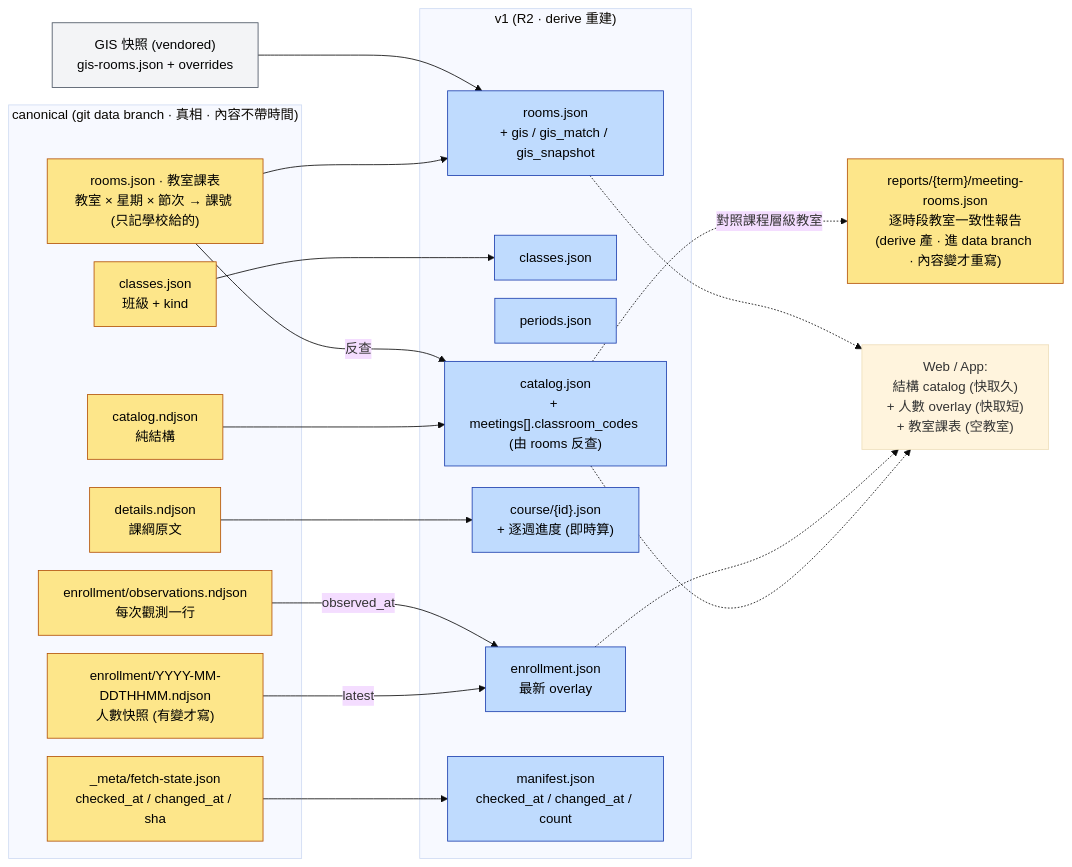
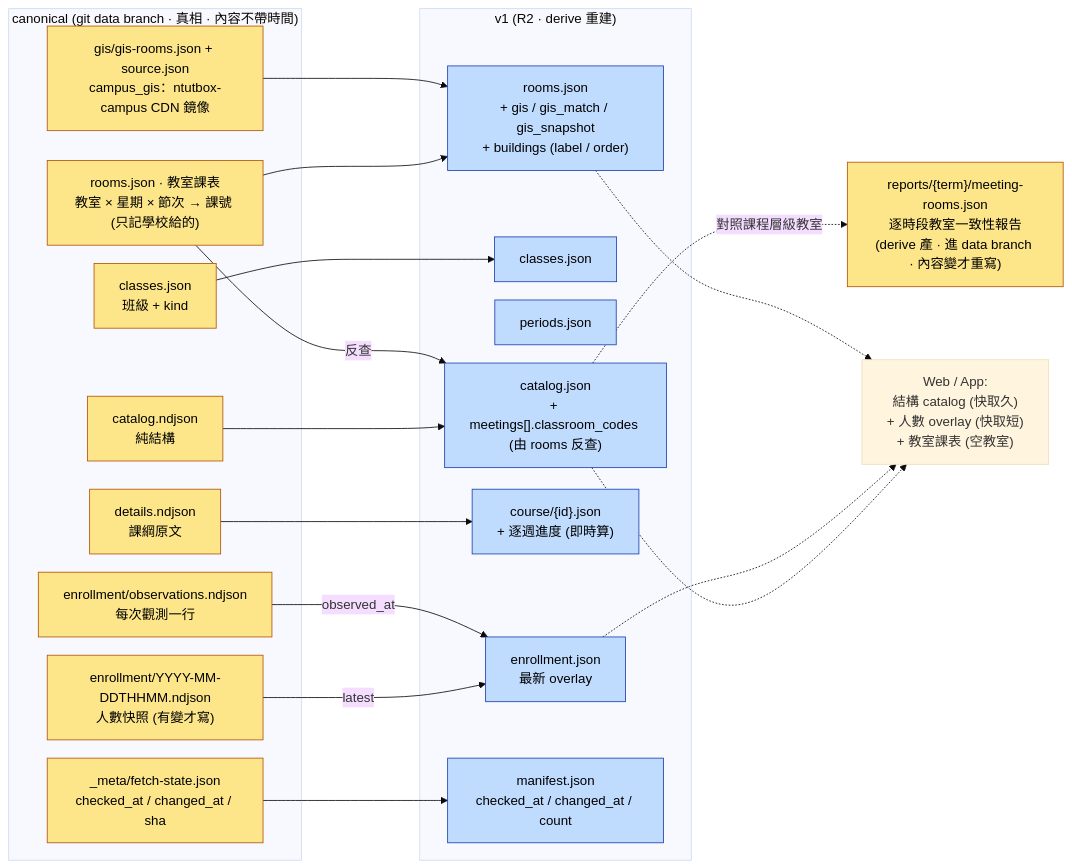
The diagram in docs/diagrams/03-datamodel.mmd (poterpan/ntutbox-course), drawn with Mermaid (base theme) before and after one commit. The commit also changed 42 other files, not shown here.

First line of the commit message:
feat(gis): campus_gis 資料集——GIS 改從 ntutbox-campus CDN 同步，清單與地圖用同一份大樓名稱與順序（D28） (#131)

```diff
--- a/docs/diagrams/03-datamodel.mmd
+++ b/docs/diagrams/03-datamodel.mmd
@@ -1,54 +1,52 @@
 ---
 config:
   flowchart:
     useMaxWidth: false
     nodeSpacing: 22
     rankSpacing: 60
 ---
 flowchart LR
     subgraph C["canonical (git data branch · 真相 · 內容不帶時間)"]
         cat["catalog.ndjson<br/>純結構"]
         cls["classes.json<br/>班級 + kind"]
         snap["enrollment/YYYY-MM-DDTHHMM.ndjson<br/>人數快照 (有變才寫)"]
         obs["enrollment/observations.ndjson<br/>每次觀測一行"]
         det["details.ndjson<br/>課綱原文"]
         rooms["rooms.json · 教室課表<br/>教室 × 星期 × 節次 → 課號 (只記學校給的)"]
         fs["_meta/fetch-state.json<br/>checked_at / changed_at / sha"]
+        gis["gis/gis-rooms.json + source.json<br/>campus_gis：ntutbox-campus CDN 鏡像"]
     end
-
-    gis["GIS 快照 (vendored)<br/>gis-rooms.json + overrides"]
 
     subgraph V["v1 (R2 · derive 重建)"]
         vcat["catalog.json<br/>+ meetings[].classroom_codes (由 rooms 反查)"]
         vcls["classes.json"]
         vper["periods.json"]
         venr["enrollment.json<br/>最新 overlay"]
         vcourse["course/{id}.json<br/>+ 逐週進度 (即時算)"]
-        vrooms["rooms.json<br/>+ gis / gis_match / gis_snapshot"]
+        vrooms["rooms.json<br/>+ gis / gis_match / gis_snapshot<br/>+ buildings (label / order)"]
         man["manifest.json<br/>checked_at / changed_at / count"]
     end
 
     rep["reports/{term}/meeting-rooms.json<br/>逐時段教室一致性報告<br/>(derive 產 · 進 data branch · 內容變才重寫)"]
 
     web["Web / App:<br/>結構 catalog (快取久)<br/>+ 人數 overlay (快取短)<br/>+ 教室課表 (空教室)"]
 
     cat --> vcat
     rooms -->|反查| vcat
     cls --> vcls
     snap -->|latest| venr
     obs -->|observed_at| venr
     det --> vcourse
     rooms --> vrooms
     gis --> vrooms
     fs --> man
     vcat -.->|對照課程層級教室| rep
     vcat -.-> web
     venr -.-> web
     vrooms -.-> web
 
     classDef canon fill:#fde68a,stroke:#b45309,color:#000
     classDef v1c fill:#bfdbfe,stroke:#1e40af,color:#000
     classDef muted fill:#f3f4f6,stroke:#4b5563,color:#000
-    class cat,cls,snap,obs,det,fs,rooms,rep canon
+    class cat,cls,snap,obs,det,fs,rooms,gis,rep canon
     class vcat,vcls,vper,venr,vcourse,man,vrooms v1c
-    class gis muted
```
